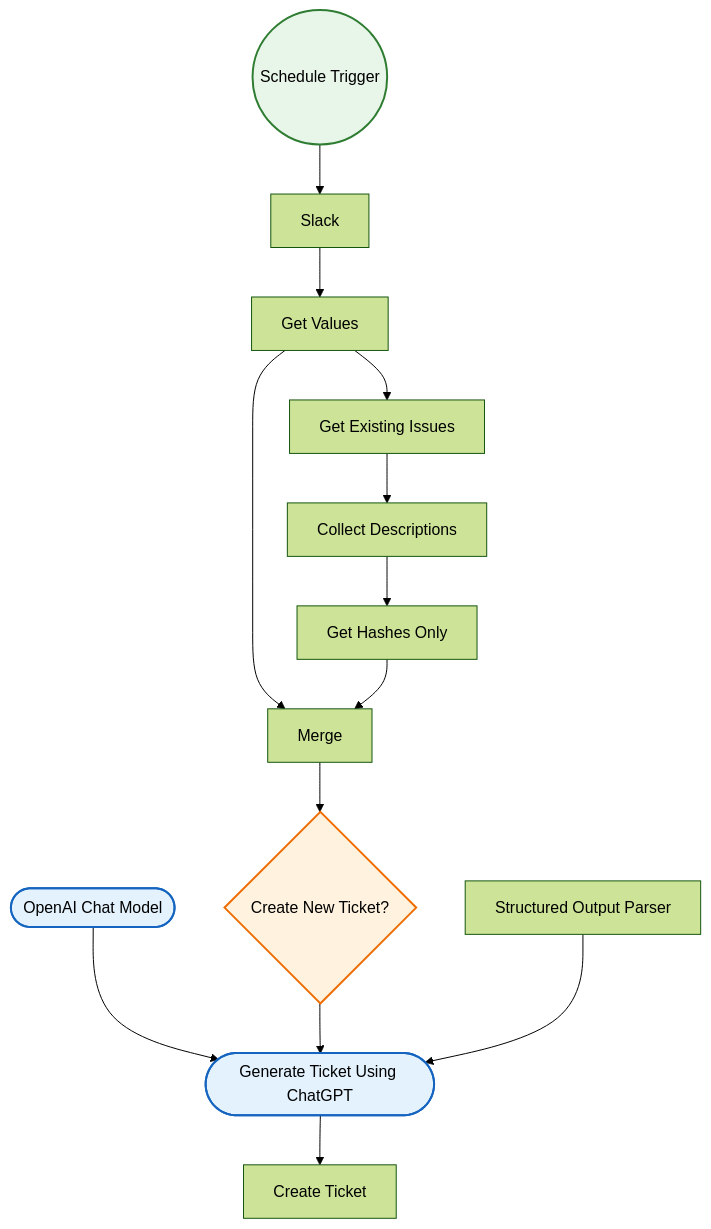
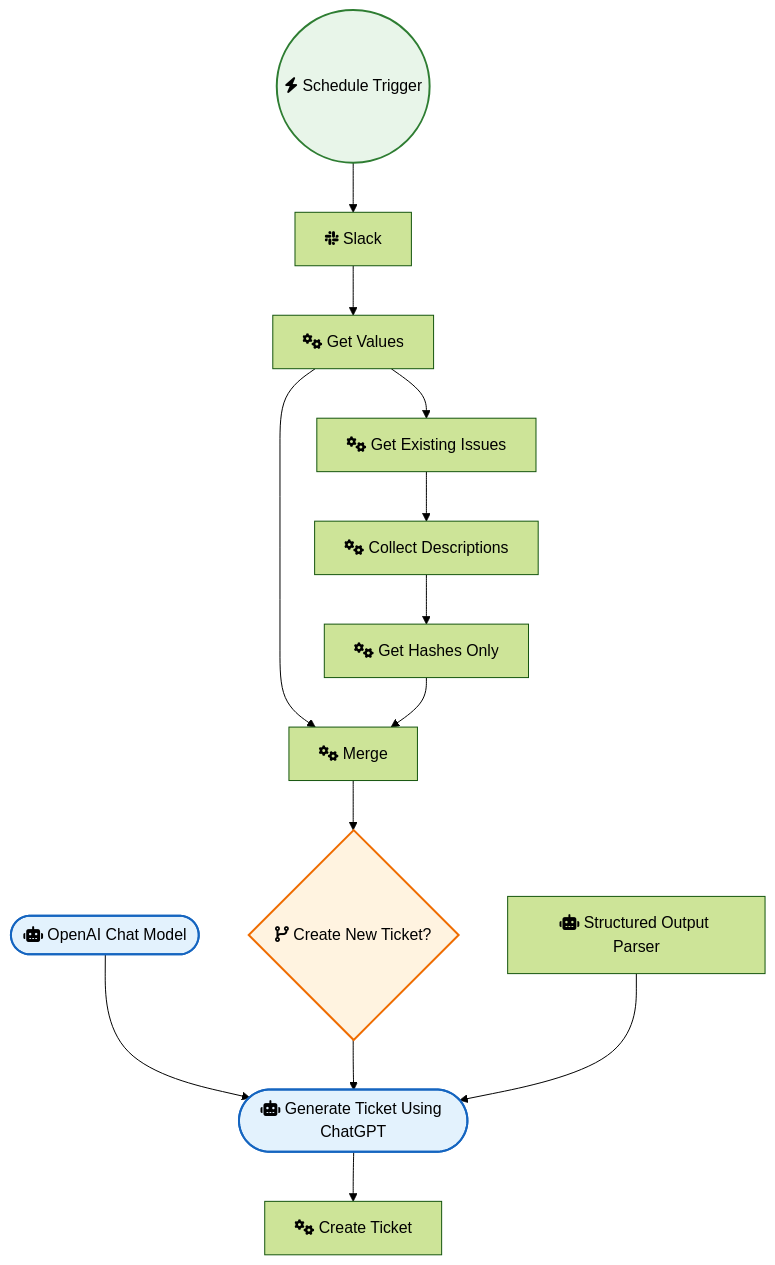
The diagram in Slack/Customer Support Channel and Ticketing System with Slack and Linear.md (sreyash3105/N8N-DEMO-AUTOMATIONS), drawn with Mermaid (forest theme) before and after one commit. The commit also changed 291 other files, not shown here.

````diff
--- a/Slack/Customer Support Channel and Ticketing System with Slack and Linear.md
+++ b/Slack/Customer Support Channel and Ticketing System with Slack and Linear.md
@@ -1,32 +1,32 @@
 ```mermaid
 graph TD
     classDef trigger fill:#e8f5e9,stroke:#2e7d32,stroke-width:2px;
     classDef ai fill:#e3f2fd,stroke:#1565c0,stroke-width:2px;
     classDef logic fill:#fff3e0,stroke:#ef6c00,stroke-width:2px;
 
-    Slack["Slack"]
-    OpenAI_Chat_Model(["OpenAI Chat Model"]):::ai
-    Structured_Output_Parser["Structured Output Parser"]
-    Schedule_Trigger(("Schedule Trigger")):::trigger
-    Get_Values["Get Values"]
-    Create_New_Ticket_{"Create New Ticket?"}:::logic
-    Get_Existing_Issues["Get Existing Issues"]
-    Generate_Ticket_Using_ChatGPT(["Generate Ticket Using ChatGPT"]):::ai
-    Create_Ticket["Create Ticket"]
-    Merge["Merge"]
-    Get_Hashes_Only["Get Hashes Only"]
-    Collect_Descriptions["Collect Descriptions"]
+    Slack["fab:fa-slack Slack"]
+    OpenAI_Chat_Model(["fas:fa-robot OpenAI Chat Model"]):::ai
+    Structured_Output_Parser["fas:fa-robot Structured Output Parser"]
+    Schedule_Trigger(("fas:fa-bolt Schedule Trigger")):::trigger
+    Get_Values["fas:fa-cogs Get Values"]
+    Create_New_Ticket_{"fas:fa-code-branch Create New Ticket?"}:::logic
+    Get_Existing_Issues["fas:fa-cogs Get Existing Issues"]
+    Generate_Ticket_Using_ChatGPT(["fas:fa-robot Generate Ticket Using ChatGPT"]):::ai
+    Create_Ticket["fas:fa-cogs Create Ticket"]
+    Merge["fas:fa-cogs Merge"]
+    Get_Hashes_Only["fas:fa-cogs Get Hashes Only"]
+    Collect_Descriptions["fas:fa-cogs Collect Descriptions"]
 
     Merge --> Create_New_Ticket_
     Slack --> Get_Values
     Get_Values --> Merge
     Get_Values --> Get_Existing_Issues
     Get_Hashes_Only --> Merge
     Schedule_Trigger --> Slack
     OpenAI_Chat_Model --> Generate_Ticket_Using_ChatGPT
     Create_New_Ticket_ --> Generate_Ticket_Using_ChatGPT
     Get_Existing_Issues --> Collect_Descriptions
     Collect_Descriptions --> Get_Hashes_Only
     Structured_Output_Parser --> Generate_Ticket_Using_ChatGPT
     Generate_Ticket_Using_ChatGPT --> Create_Ticket
 ```
````
